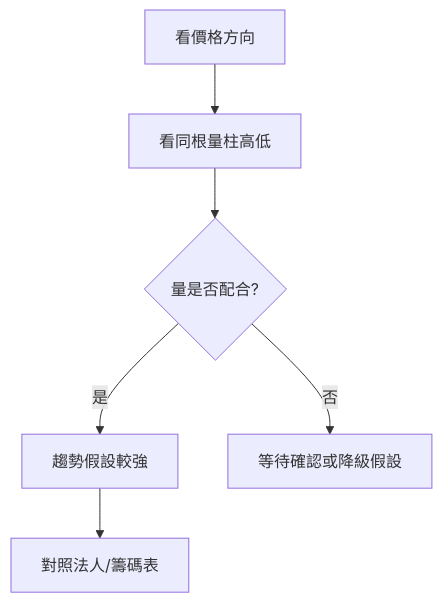
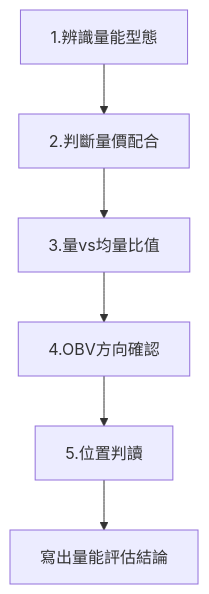
Before and after one commit to skymiku39/stock_school: the second of 2 diagrams in docs/04-charts/volume-price.md, drawn with Mermaid. The commit also changed other lines of this file and 35 other files, not shown here.

````diff
--- a/docs/04-charts/volume-price.md
+++ b/docs/04-charts/volume-price.md
@@ -70,8 +179,8 @@
 ```mermaid
 flowchart TD
-    A[看價格方向] --> B[看同根量柱高低]
-    B --> C{量是否配合?}
-    C -->|是| D[趨勢假設較強]
-    C -->|否| E[等待確認或降級假設]
-    D --> F[對照法人/籌碼表]
+    A[1.辨識量能型態] --> B[2.判斷量價配合]
+    B --> C[3.量vs均量比值]
+    C --> D[4.OBV方向確認]
+    D --> E[5.位置判讀]
+    E --> F[寫出量能評估結論]
 ```
````
